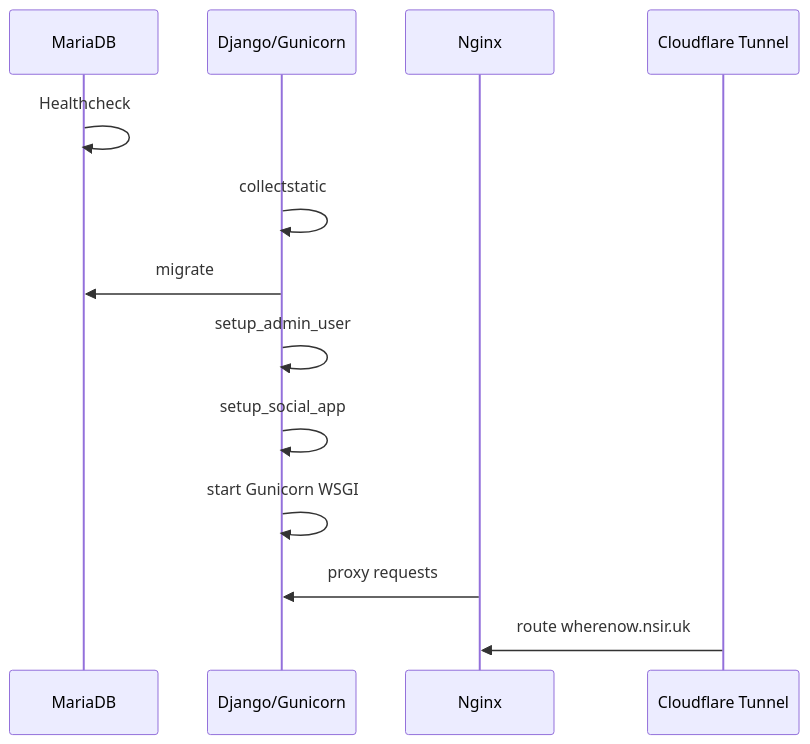
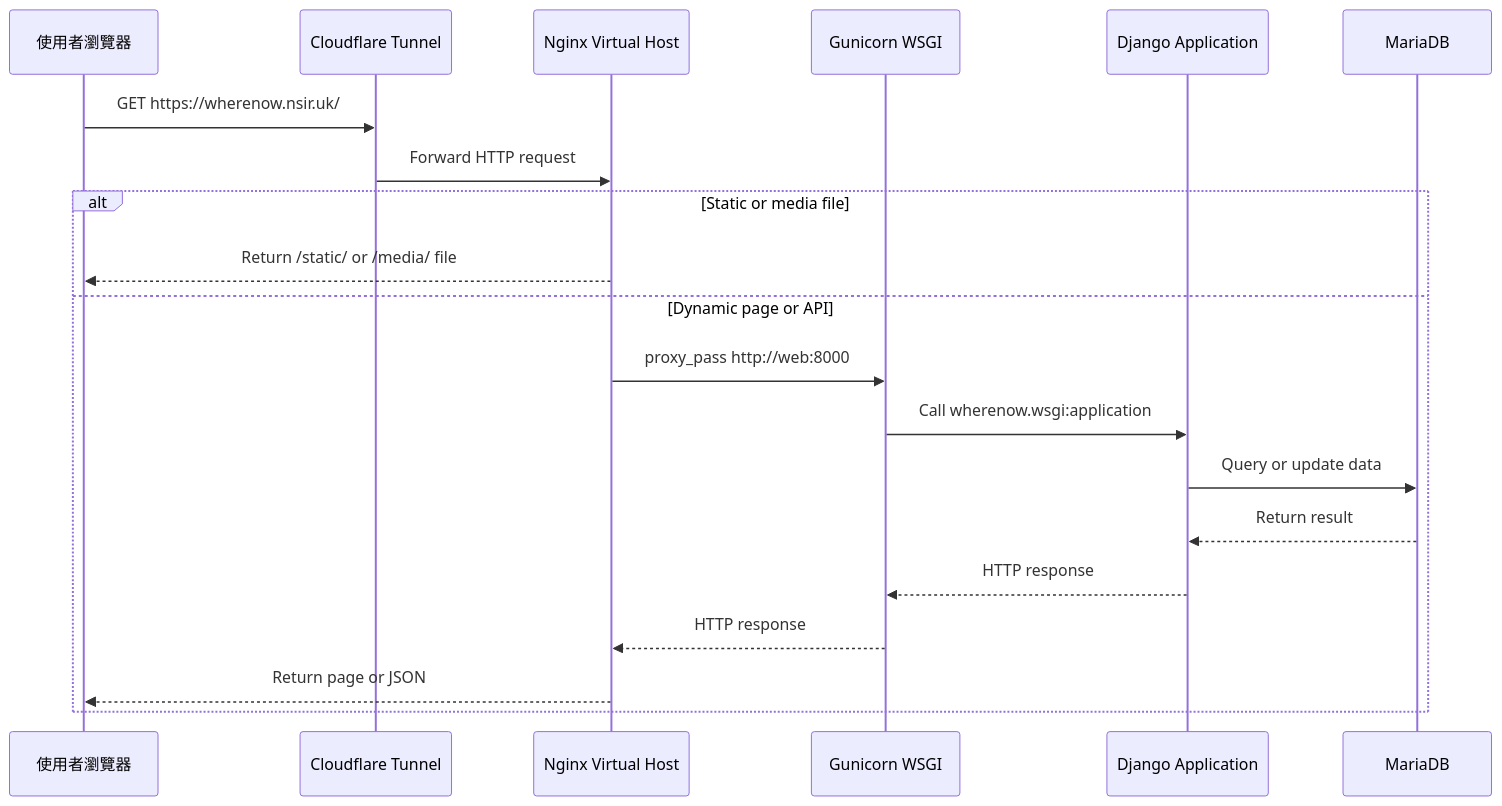
One commit to 11346076/wherenow changed the second of 2 diagrams in docs/deployment.md. Above: the diagram before and after it, drawn with Mermaid. The commit also changed other lines of this file and 2 other files, not shown here.

Commit message:
修改專案圖表文件

````diff
--- a/docs/deployment.md
+++ b/docs/deployment.md
@@ -68,16 +69,23 @@
 ```mermaid
 sequenceDiagram
+    participant User as 使用者瀏覽器
+    participant CF as Cloudflare Tunnel
+    participant Nginx as Nginx Virtual Host
+    participant WSGI as Gunicorn WSGI
+    participant Django as Django Application
     participant DB as MariaDB
-    participant WEB as Django/Gunicorn
-    participant NGINX as Nginx
-    participant CF as Cloudflare Tunnel
 
-    DB->>DB: Healthcheck
-    WEB->>WEB: collectstatic
-    WEB->>DB: migrate
-    WEB->>WEB: setup_admin_user
-    WEB->>WEB: setup_social_app
-    WEB->>WEB: start Gunicorn WSGI
-    NGINX->>WEB: proxy requests
-    CF->>NGINX: route wherenow.nsir.uk
+    User->>CF: GET https://wherenow.nsir.uk/
+    CF->>Nginx: Forward HTTP request
+    alt Static or media file
+        Nginx-->>User: Return /static/ or /media/ file
+    else Dynamic page or API
+        Nginx->>WSGI: proxy_pass http://web:8000
+        WSGI->>Django: Call wherenow.wsgi:application
+        Django->>DB: Query or update data
+        DB-->>Django: Return result
+        Django-->>WSGI: HTTP response
+        WSGI-->>Nginx: HTTP response
+        Nginx-->>User: Return page or JSON
+    end
 ```
````
